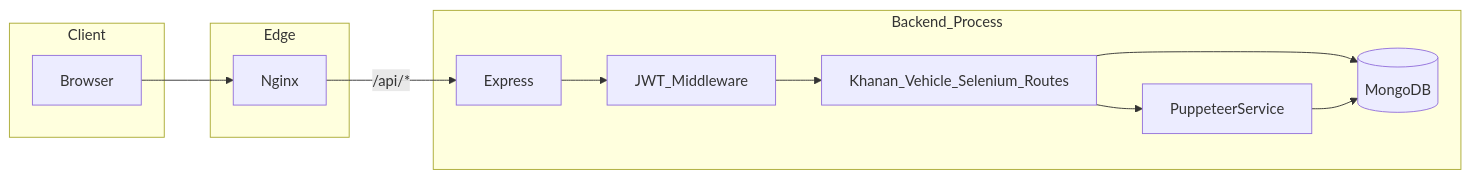
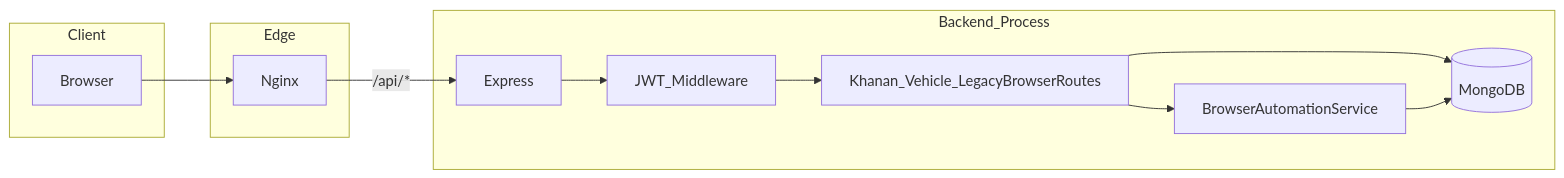
Before and after one commit to EDUNEX-OFFICIAL/Vahan360: the diagram in docs/VAHAN360_TECHNICAL_AUDIT.md, drawn with Mermaid. The commit also changed other lines of this file and 376 other files, not shown here.

````diff
--- a/docs/VAHAN360_TECHNICAL_AUDIT.md
+++ b/docs/VAHAN360_TECHNICAL_AUDIT.md
@@ -45,23 +45,23 @@
 ```mermaid
 flowchart LR
   subgraph client [Client]
     Browser[Browser]
   end
   subgraph edge [Edge]
     Nginx[Nginx]
   end
   subgraph api [Backend_Process]
     Express[Express]
     Auth[JWT_Middleware]
-    Routes[Khanan_Vehicle_Selenium_Routes]
-    Puppeteer[PuppeteerService]
+    Routes[Khanan_Vehicle_LegacyBrowserRoutes]
+    PlaywrightSvc[BrowserAutomationService]
     Mongo[(MongoDB)]
   end
   Browser --> Nginx
   Nginx -->|"/api/*"| Express
   Express --> Auth
   Auth --> Routes
   Routes --> Mongo
-  Routes --> Puppeteer
-  Puppeteer --> Mongo
+  Routes --> PlaywrightSvc
+  PlaywrightSvc --> Mongo
 ```
````
